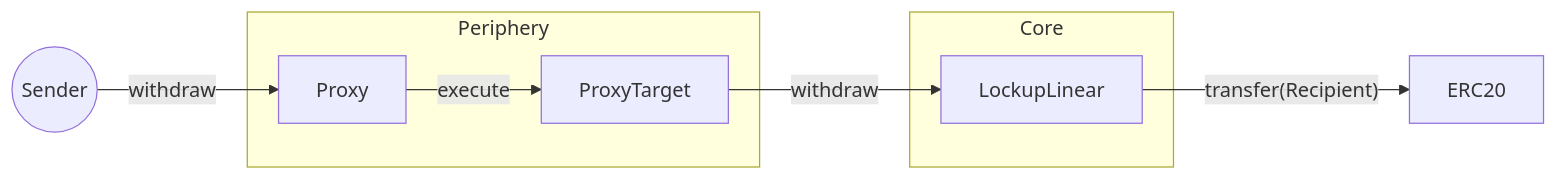
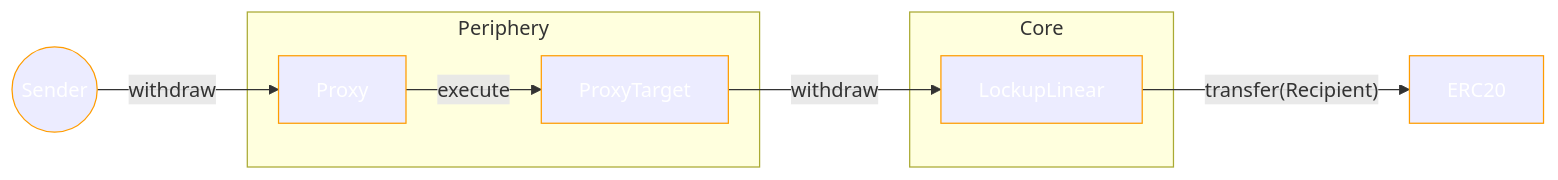
The fifth of 8 diagrams in docs/contracts/v2/reference/02-diagrams.md (sablier-labs/docs), drawn with Mermaid before and after one commit. The commit also changed other lines of this file, not shown here.

````diff
--- a/docs/contracts/v2/reference/02-diagrams.md
+++ b/docs/contracts/v2/reference/02-diagrams.md
@@ -126,16 +130,18 @@
 ```mermaid
 flowchart LR
+	classDef object stroke:#ff9C00,color:#ffffff;
   S((Sender))
   subgraph Periphery
     P[Proxy]
     PT[ProxyTarget]
   end
   subgraph Core
     LL[LockupLinear]
   end
   E[ERC20]
   S -- "withdraw" --> P
   P -- "execute" --> PT
   PT -- "withdraw" --> LL
   LL -- "transfer(Recipient)" --> E
+	class E,S,P,PT,LL object;
 ```
````
